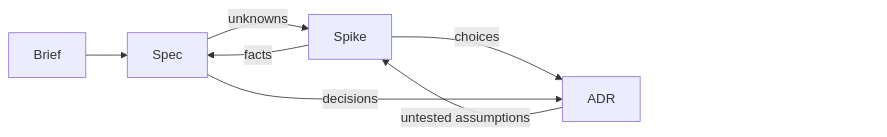
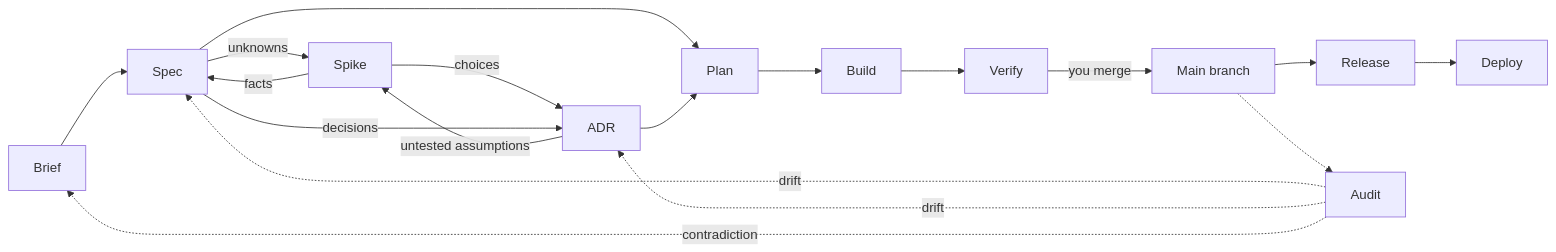
Before and after one commit to michaelmarconi/agentic-engineering: the first of 4 diagrams in docs/lifecycle.md, drawn with Mermaid. The commit also changed other lines of this file, not shown here.

````diff
--- a/docs/lifecycle.md
+++ b/docs/lifecycle.md
@@ -129,11 +11,17 @@
 ```mermaid
 flowchart LR
     Brief --> Spec
     Spec -->|unknowns| Spike
     ADR -->|untested assumptions| Spike
     Spike -->|facts| Spec
     Spike -->|choices| ADR
     Spec -->|decisions| ADR
-    ADR ~~~ Pad["#nbsp;#nbsp;#nbsp;#nbsp;#nbsp;#nbsp;#nbsp;#nbsp;#nbsp;#nbsp;#nbsp;#nbsp;#nbsp;#nbsp;#nbsp;#nbsp;#nbsp;#nbsp;#nbsp;#nbsp;#nbsp;#nbsp;#nbsp;#nbsp;#nbsp;#nbsp;#nbsp;#nbsp;#nbsp;#nbsp;#nbsp;#nbsp;#nbsp;#nbsp;#nbsp;#nbsp;#nbsp;#nbsp;#nbsp;#nbsp;"]
-    style Pad fill:none,stroke:none
+    Spec --> Plan
+    ADR --> Plan
+    Plan --> Build --> Verify -->|you merge| Main[Main branch]
+    Main --> Release --> Deploy
+    Main -.-> Audit
+    Audit -.->|drift| Spec
+    Audit -.->|drift| ADR
+    Audit -.->|contradiction| Brief
 ```
````
